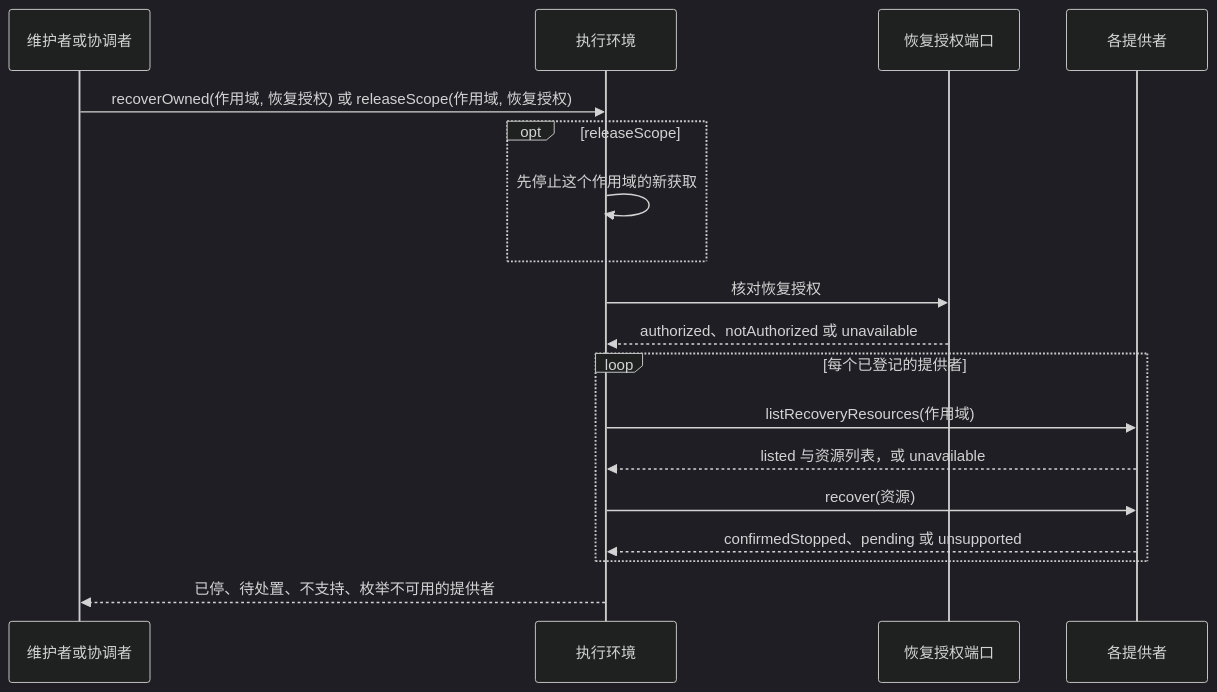
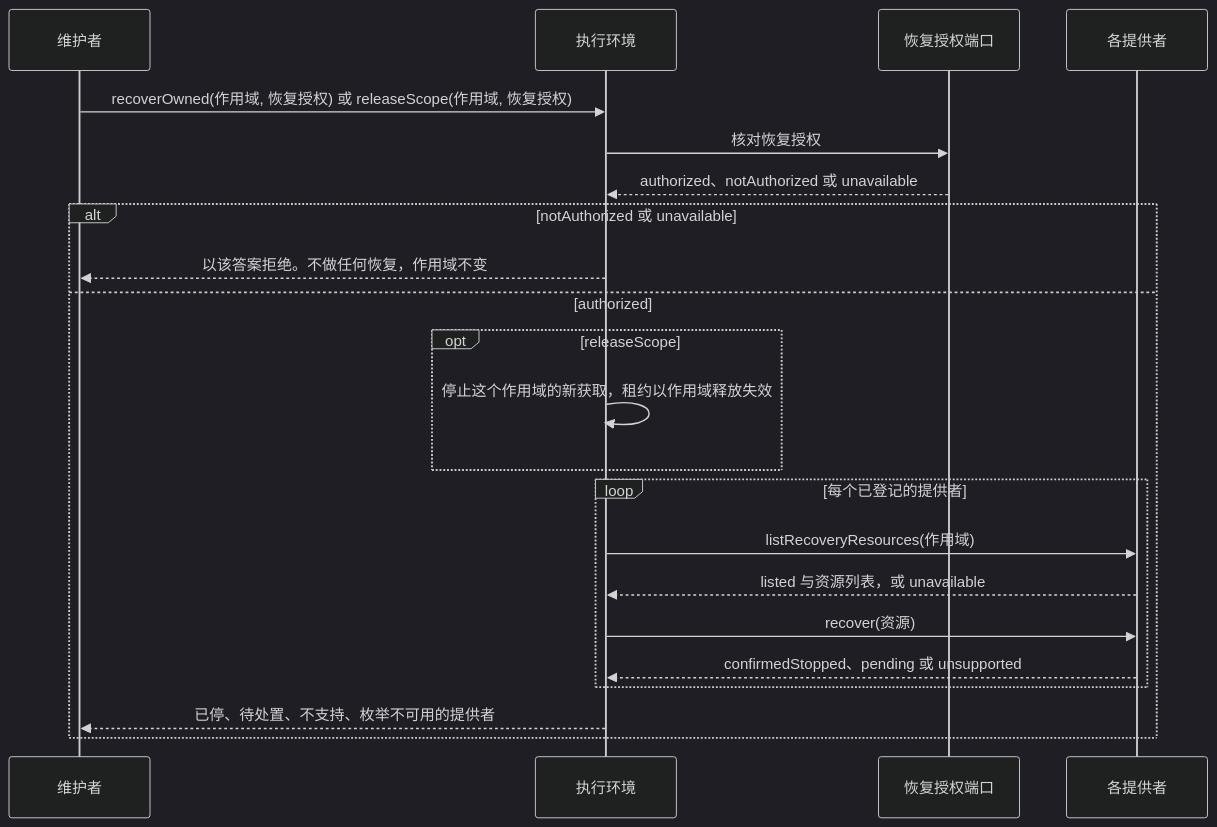
The fifth of 6 diagrams in packages/execution/execution-environment-contract/docs/flows.md (nemori-ai/omne-harness-lite), drawn with Mermaid (dark theme) before and after one commit. The commit also changed other lines of this file and 24 other files, not shown here.

````diff
--- a/packages/execution/execution-environment-contract/docs/flows.md
+++ b/packages/execution/execution-environment-contract/docs/flows.md
@@ -157,20 +157,24 @@
 ```mermaid
 sequenceDiagram
-  participant M as 维护者或协调者
+  participant M as 维护者
   participant E as 执行环境
   participant A as 恢复授权端口
   participant P as 各提供者
   M->>E: recoverOwned(作用域, 恢复授权) 或 releaseScope(作用域, 恢复授权)
-  opt releaseScope
-    E->>E: 先停止这个作用域的新获取
-  end
   E->>A: 核对恢复授权
   A-->>E: authorized、notAuthorized 或 unavailable
-  loop 每个已登记的提供者
-    E->>P: listRecoveryResources(作用域)
-    P-->>E: listed 与资源列表，或 unavailable
-    E->>P: recover(资源)
-    P-->>E: confirmedStopped、pending 或 unsupported
+  alt notAuthorized 或 unavailable
+    E-->>M: 以该答案拒绝。不做任何恢复，作用域不变
+  else authorized
+    opt releaseScope
+      E->>E: 停止这个作用域的新获取，租约以作用域释放失效
+    end
+    loop 每个已登记的提供者
+      E->>P: listRecoveryResources(作用域)
+      P-->>E: listed 与资源列表，或 unavailable
+      E->>P: recover(资源)
+      P-->>E: confirmedStopped、pending 或 unsupported
+    end
+    E-->>M: 已停、待处置、不支持、枚举不可用的提供者
   end
-  E-->>M: 已停、待处置、不支持、枚举不可用的提供者
 ```
````
